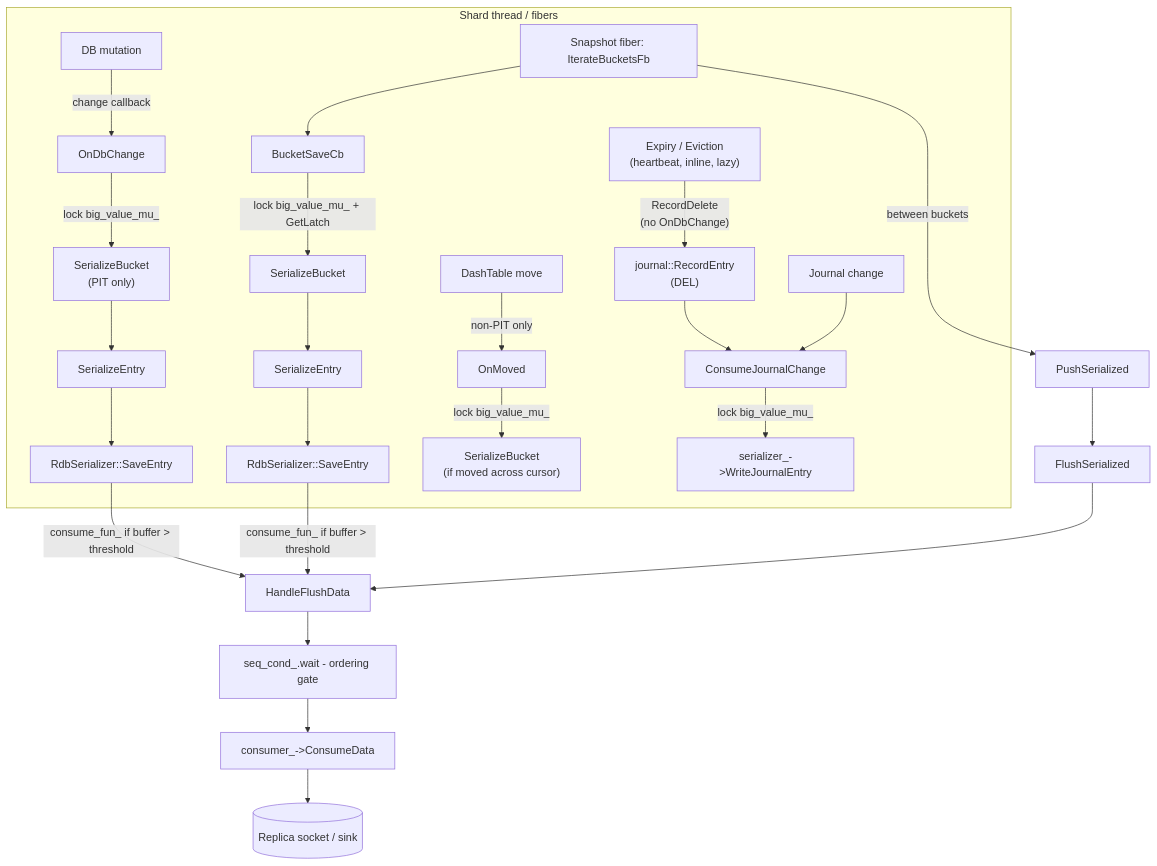
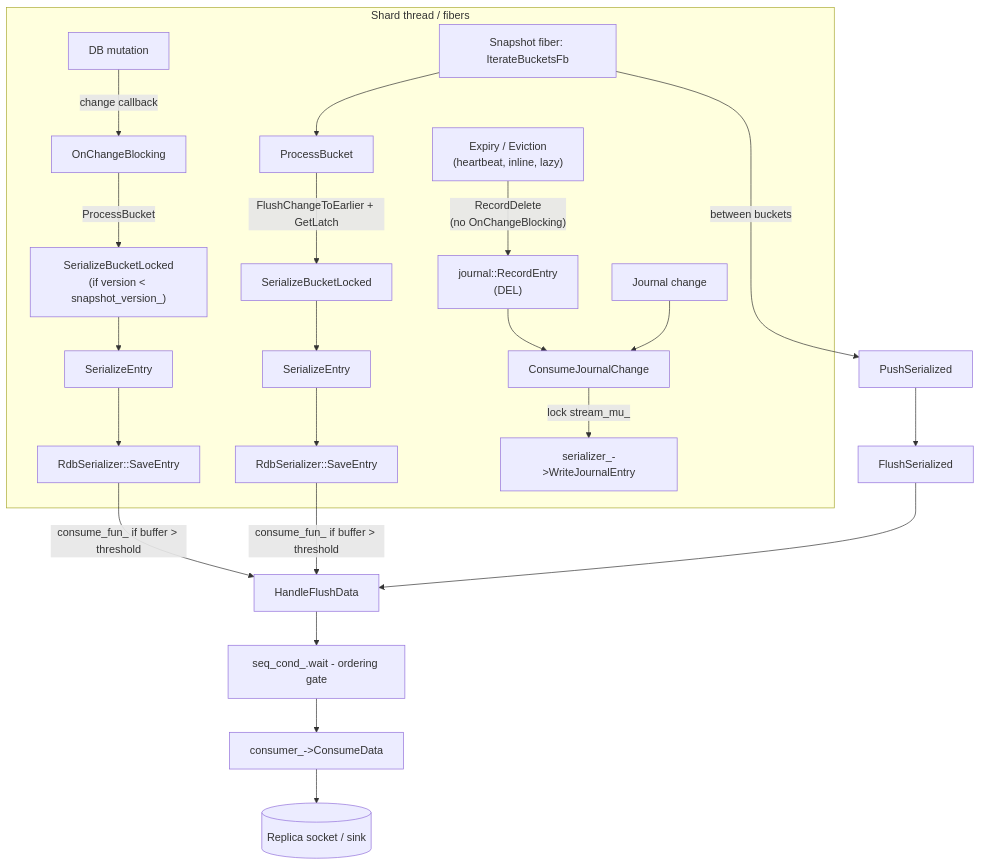
The first of 5 diagrams in docs/shard-serialization.md (dragonflydb/dragonfly), drawn with Mermaid before and after one commit. The commit also changed other lines of this file, not shown here.

````diff
--- a/docs/shard-serialization.md
+++ b/docs/shard-serialization.md
@@ -43,34 +36,31 @@
 ```mermaid
 flowchart TD
   subgraph ShardThread[Shard thread / fibers]
-    MUT[DB mutation] -->|change callback| ODC[OnDbChange]
-    ODC -->|lock big_value_mu_| SB1["SerializeBucket<br/>(PIT only)"]
+    MUT[DB mutation] -->|change callback| OCB[OnChangeBlocking]
+    OCB -->|ProcessBucket| SB1["SerializeBucketLocked<br/>(if version < snapshot_version_)"]
     SB1 --> SE1[SerializeEntry]
     SE1 --> SAVE1[RdbSerializer::SaveEntry]
 
-    TRAV[Snapshot fiber: IterateBucketsFb] --> BSCB[BucketSaveCb]
-    BSCB -->|lock big_value_mu_ + GetLatch| SB2[SerializeBucket]
+    TRAV[Snapshot fiber: IterateBucketsFb] --> PB[ProcessBucket]
+    PB -->|"FlushChangeToEarlier + GetLatch"| SB2[SerializeBucketLocked]
     SB2 --> SE2[SerializeEntry]
     SE2 --> SAVE2[RdbSerializer::SaveEntry]
 
-    MOV[DashTable move] -->|non-PIT only| OMV[OnMoved]
-    OMV -->|lock big_value_mu_| SB3["SerializeBucket<br/>(if moved across cursor)"]
-
-    EXP["Expiry / Eviction<br/>(heartbeat, inline, lazy)"] -->|"RecordDelete<br/>(no OnDbChange)"| JRN_DIRECT["journal::RecordEntry<br/>(DEL)"]
+    EXP["Expiry / Eviction<br/>(heartbeat, inline, lazy)"] -->|"RecordDelete<br/>(no OnChangeBlocking)"| JRN_DIRECT["journal::RecordEntry<br/>(DEL)"]
     JRN_DIRECT --> CJC
 
     JRN[Journal change] --> CJC[ConsumeJournalChange]
-    CJC -->|lock big_value_mu_| WJE[serializer_->WriteJournalEntry]
+    CJC -->|lock stream_mu_| WJE[serializer_->WriteJournalEntry]
   end
 
-  SAVE1 -->|consume_fun_ if buffer > threshold| HFD[HandleFlushData]
-  SAVE2 -->|consume_fun_ if buffer > threshold| HFD
+  SAVE1 -->|"consume_fun_ if buffer > threshold"| HFD[HandleFlushData]
+  SAVE2 -->|"consume_fun_ if buffer > threshold"| HFD
 
   TRAV -->|between buckets| PS[PushSerialized]
   PS --> FS[FlushSerialized]
   FS --> HFD
 
   HFD --> SEQ[seq_cond_.wait - ordering gate]
   SEQ --> CD[consumer_->ConsumeData]
   CD --> SINK[(Replica socket / sink)]
 ```
````
